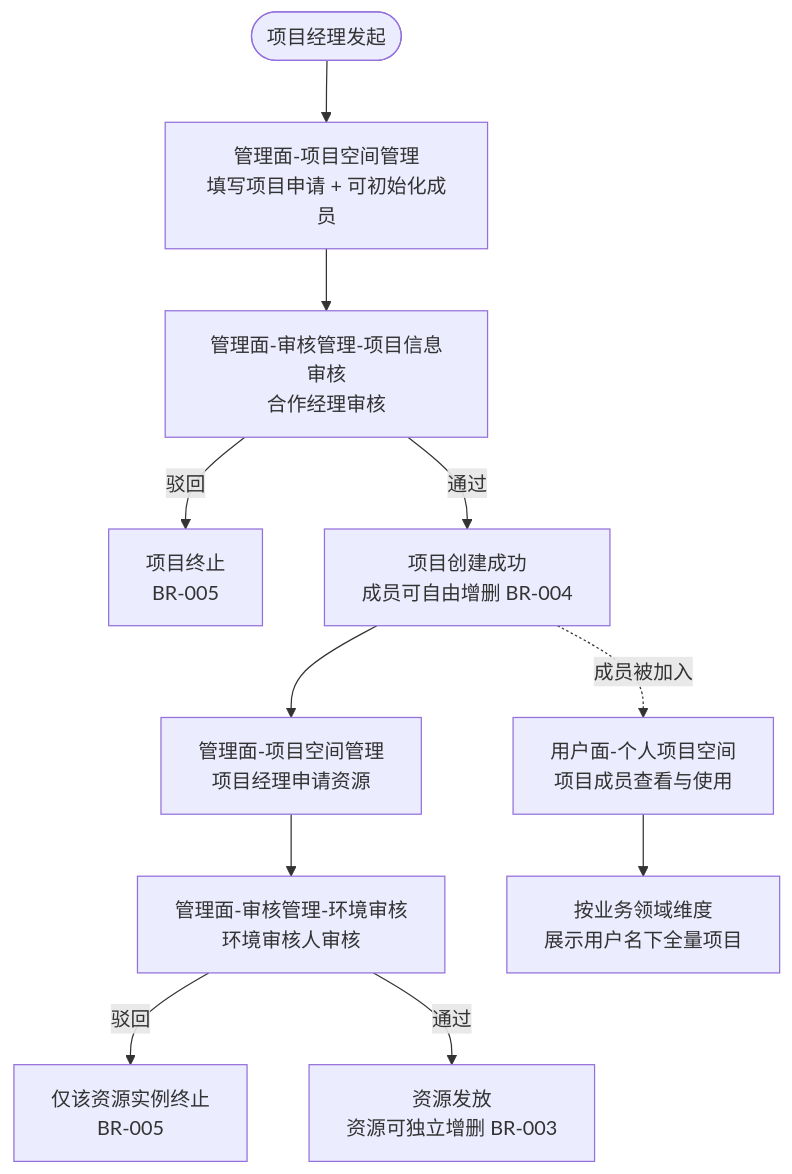
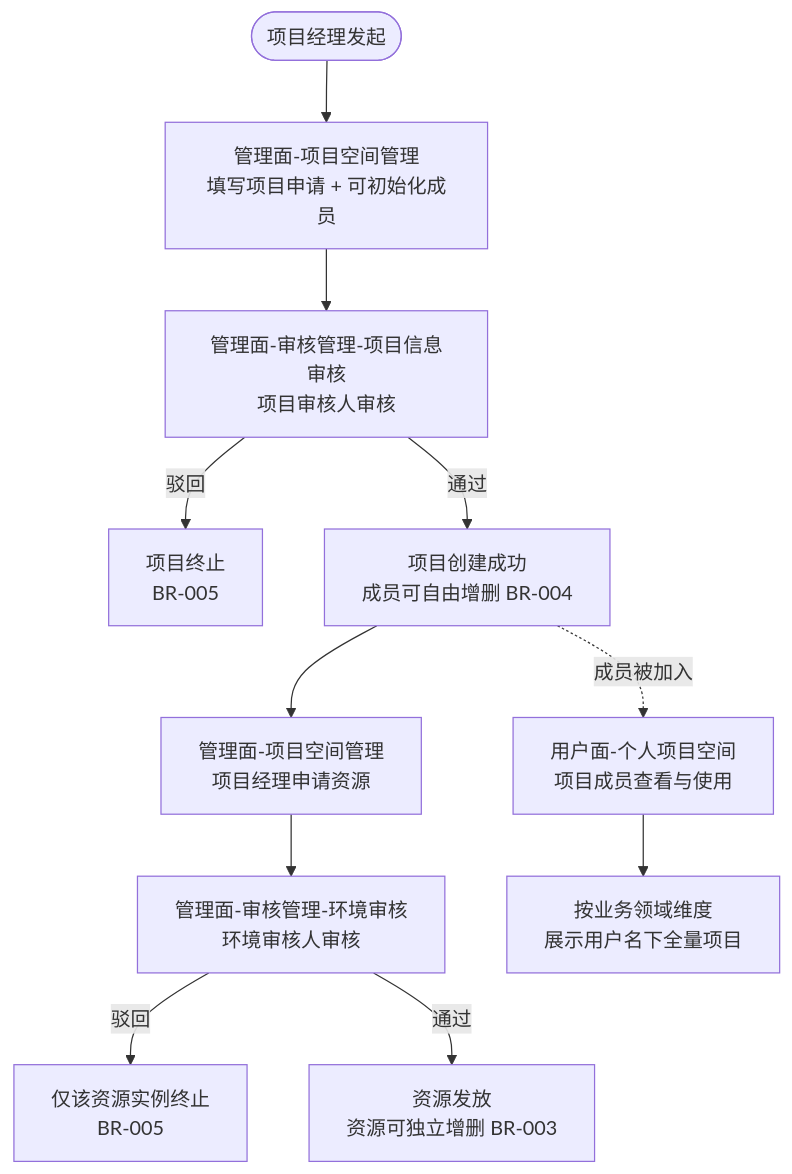
Before and after one commit to TerreMou/vue3-frontend-self-test: the second of 2 diagrams in 业务需求说明书.md, drawn with Mermaid. The commit also changed other lines of this file, not shown here.

````diff
--- a/业务需求说明书.md
+++ b/业务需求说明书.md
@@ -93,13 +93,13 @@
 ```mermaid
 flowchart TD
     Start([项目经理发起]) --> A[管理面-项目空间管理<br/>填写项目申请 + 可初始化成员]
-    A --> B[管理面-审核管理-项目信息审核<br/>合作经理审核]
+    A --> B[管理面-审核管理-项目信息审核<br/>项目审核人审核]
     B -->|驳回| C1[项目终止<br/>BR-005]
     B -->|通过| D[项目创建成功<br/>成员可自由增删 BR-004]
     D --> E[管理面-项目空间管理<br/>项目经理申请资源]
     E --> F[管理面-审核管理-环境审核<br/>环境审核人审核]
     F -->|驳回| F1[仅该资源实例终止<br/>BR-005]
     F -->|通过| G[资源发放<br/>资源可独立增删 BR-003]
     D -.成员被加入.-> H[用户面-个人项目空间<br/>项目成员查看与使用]
     H --> I[按业务领域维度<br/>展示用户名下全量项目]
 ```
````
